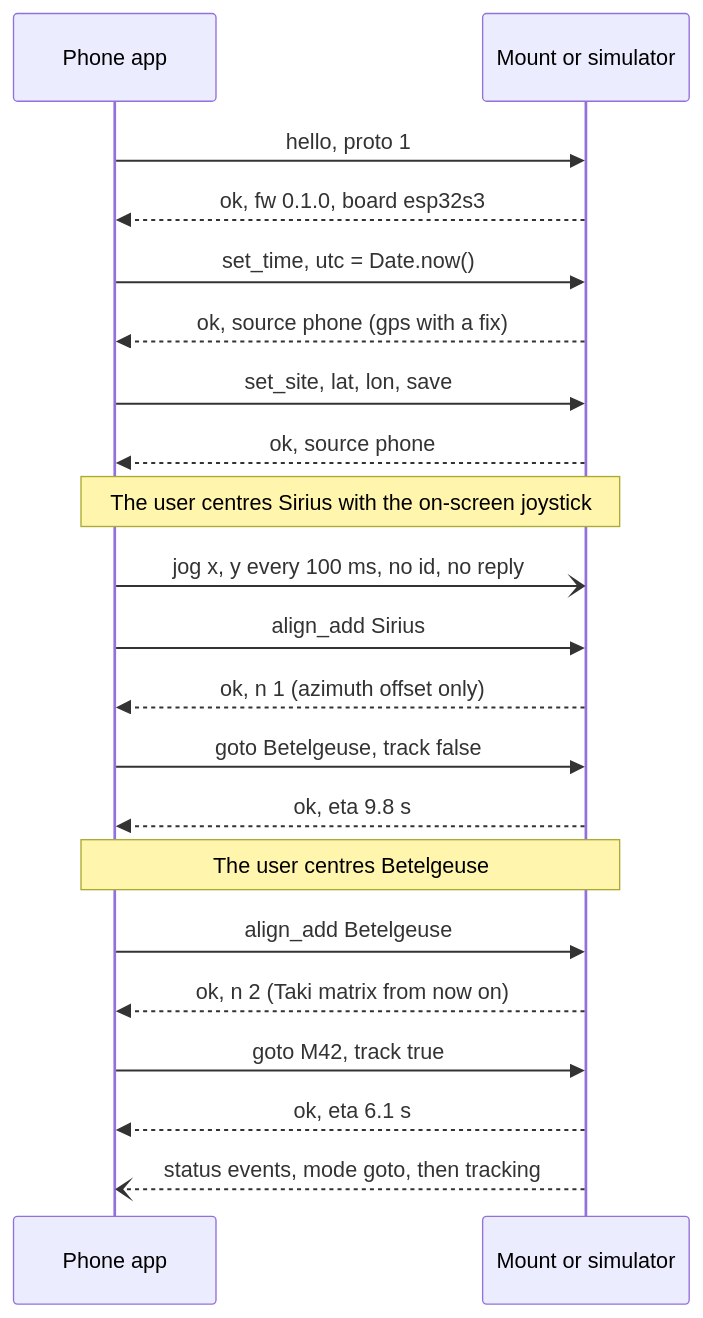
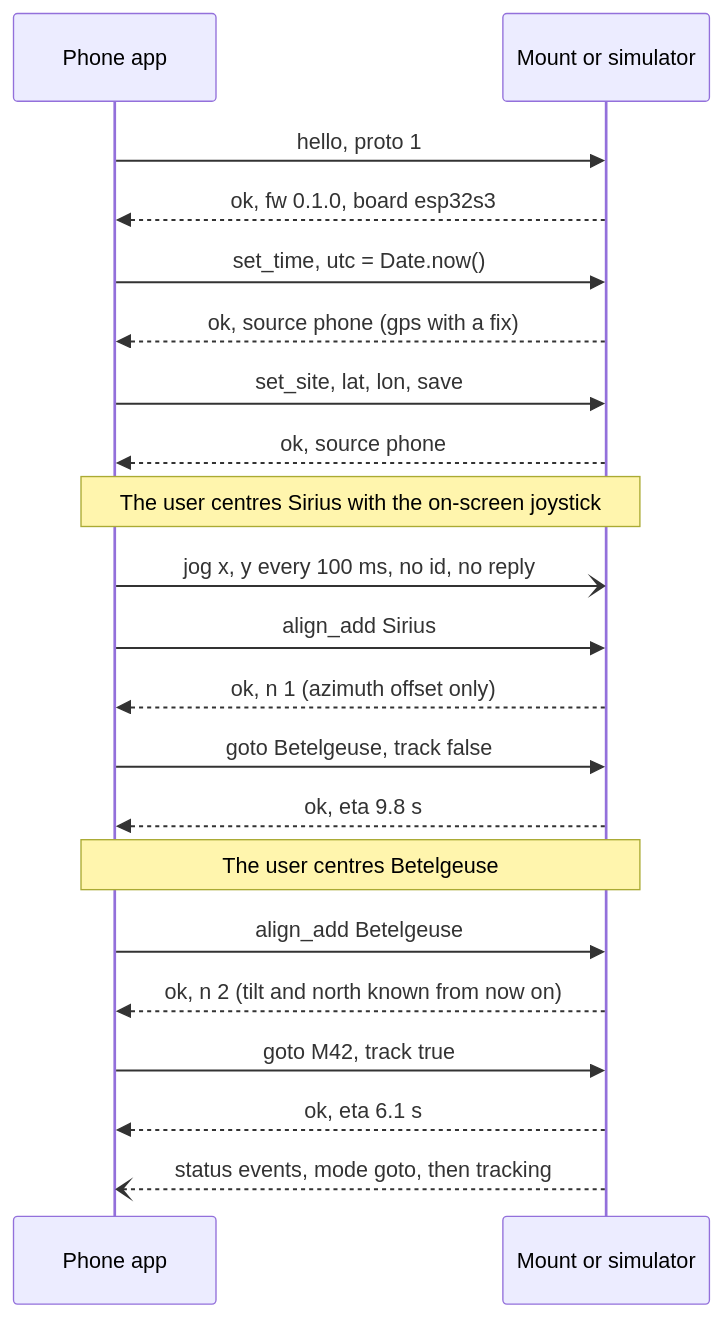
One commit to valentinp72/star-track changed the fourth of 4 diagrams in docs/protocol.md. Above: the diagram before and after it, drawn with Mermaid. The commit also changed other lines of this file and 21 other files, not shown here.

````diff
--- a/docs/protocol.md
+++ b/docs/protocol.md
@@ -483,23 +553,23 @@
 ```mermaid
 sequenceDiagram
   participant A as Phone app
   participant M as Mount or simulator
   A->>M: hello, proto 1
   M-->>A: ok, fw 0.1.0, board esp32s3
   A->>M: set_time, utc = Date.now()
   M-->>A: ok, source phone (gps with a fix)
   A->>M: set_site, lat, lon, save
   M-->>A: ok, source phone
   Note over A,M: The user centres Sirius with the on-screen joystick
   A-)M: jog x, y every 100 ms, no id, no reply
   A->>M: align_add Sirius
   M-->>A: ok, n 1 (azimuth offset only)
   A->>M: goto Betelgeuse, track false
   M-->>A: ok, eta 9.8 s
   Note over A,M: The user centres Betelgeuse
   A->>M: align_add Betelgeuse
-  M-->>A: ok, n 2 (Taki matrix from now on)
+  M-->>A: ok, n 2 (tilt and north known from now on)
   A->>M: goto M42, track true
   M-->>A: ok, eta 6.1 s
   M--)A: status events, mode goto, then tracking
 ```
````
